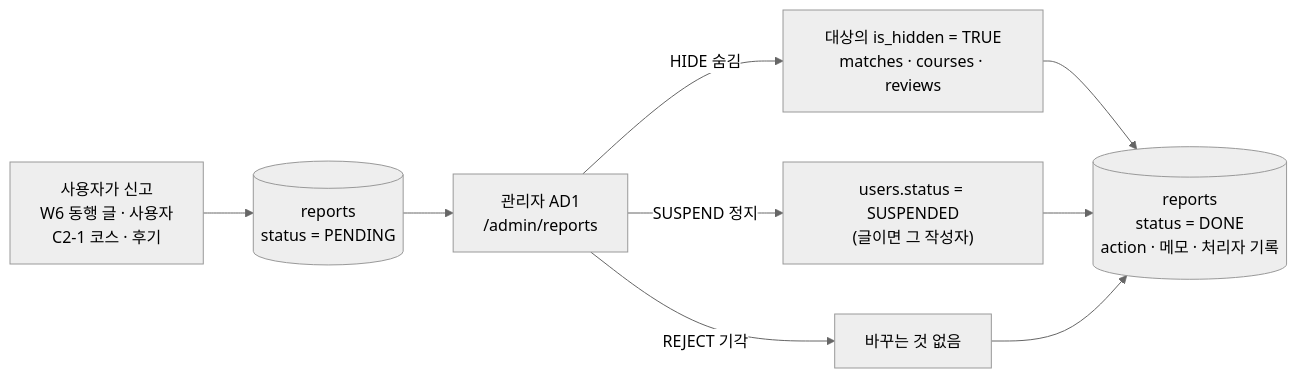
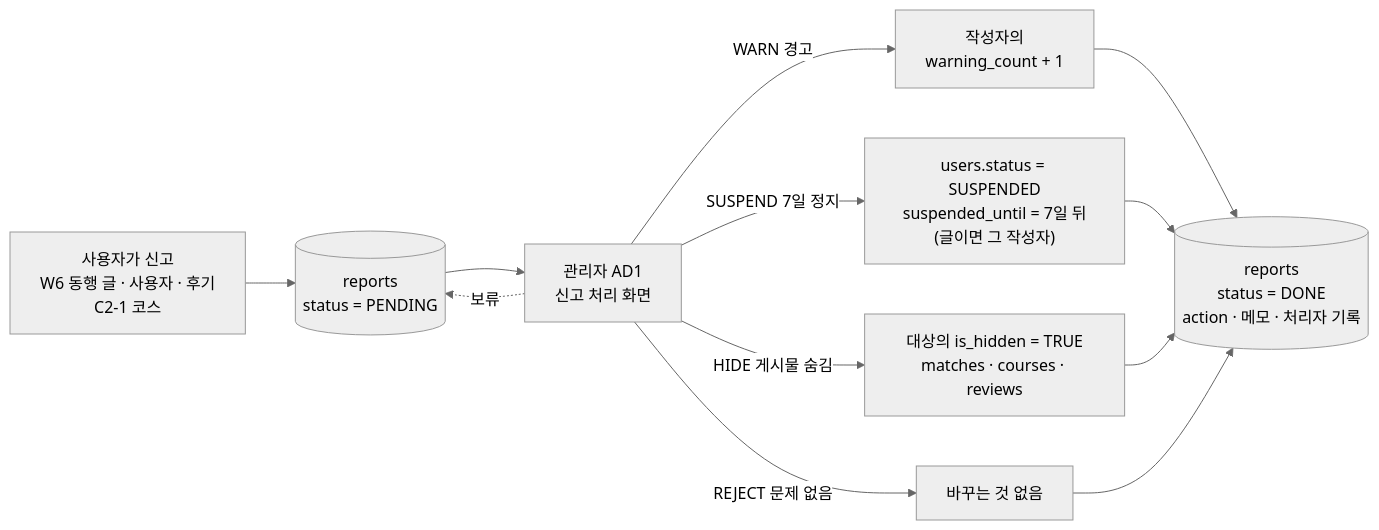
One commit to AnemoneCoronaria/Team_walk changed the diagram in docs/images/flow-report.mmd. Above: the diagram before and after it, drawn with Mermaid (neutral theme). The commit also changed 19 other files, not shown here.

```diff
--- a/docs/images/flow-report.mmd
+++ b/docs/images/flow-report.mmd
@@ -1,9 +1,12 @@
 flowchart LR
-    U["사용자가 신고<br/>W6 동행 글 · 사용자<br/>C2-1 코스 · 후기"] --> R[("reports<br/>status = PENDING")]
-    R --> A["관리자 AD1<br/>/admin/reports"]
-    A -- "HIDE 숨김" --> H["대상의 is_hidden = TRUE<br/>matches · courses · reviews"]
-    A -- "SUSPEND 정지" --> S["users.status = SUSPENDED<br/>(글이면 그 작성자)"]
-    A -- "REJECT 기각" --> N["바꾸는 것 없음"]
-    H --> D[("reports<br/>status = DONE<br/>action · 메모 · 처리자 기록")]
+    U["사용자가 신고<br/>W6 동행 글 · 사용자 · 후기<br/>C2-1 코스"] --> R[("reports<br/>status = PENDING")]
+    R --> A["관리자 AD1<br/>신고 처리 화면"]
+    A -- "WARN 경고" --> W["작성자의<br/>warning_count + 1"]
+    A -- "SUSPEND 7일 정지" --> S["users.status = SUSPENDED<br/>suspended_until = 7일 뒤<br/>(글이면 그 작성자)"]
+    A -- "HIDE 게시물 숨김" --> H["대상의 is_hidden = TRUE<br/>matches · courses · reviews"]
+    A -- "REJECT 문제 없음" --> N["바꾸는 것 없음"]
+    A -. "보류" .-> R
+    W --> D[("reports<br/>status = DONE<br/>action · 메모 · 처리자 기록")]
     S --> D
+    H --> D
     N --> D
```
